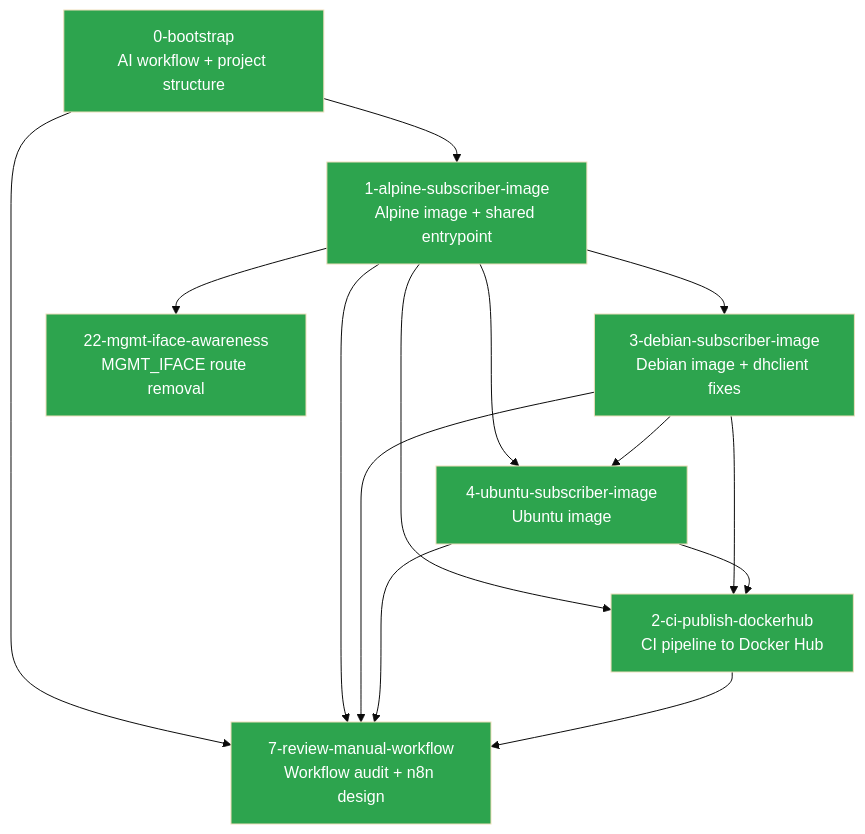
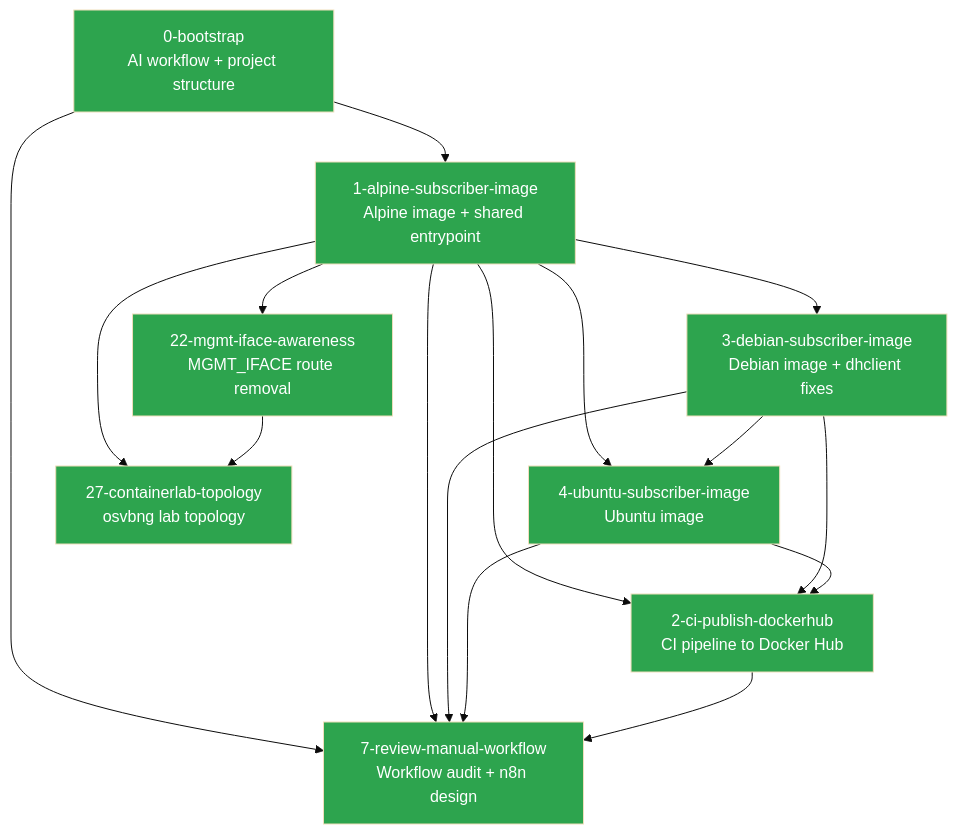
Before and after one commit to veesix-networks/bngtester: the diagram in context/SUMMARY.md, drawn with Mermaid (base theme). The commit also changed other lines of this file and 1 other file, not shown here.

````diff
--- a/context/SUMMARY.md
+++ b/context/SUMMARY.md
@@ -25,32 +26,35 @@
 ```mermaid
 graph TD
     B[0-bootstrap<br/>AI workflow + project structure]
     A[1-alpine-subscriber-image<br/>Alpine image + shared entrypoint]
     D[3-debian-subscriber-image<br/>Debian image + dhclient fixes]
     U[4-ubuntu-subscriber-image<br/>Ubuntu image]
     CI[2-ci-publish-dockerhub<br/>CI pipeline to Docker Hub]
 
     WF[7-review-manual-workflow<br/>Workflow audit + n8n design]
 
     B --> A
     A --> D
     A --> U
     D --> U
     A --> CI
     D --> CI
     U --> CI
     B --> WF
     A --> WF
     D --> WF
     U --> WF
     CI --> WF
     A --> MI[22-mgmt-iface-awareness<br/>MGMT_IFACE route removal]
+    A --> CL[27-containerlab-topology<br/>osvbng lab topology]
+    MI --> CL
 
     style B fill:#2da44e,color:#fff
     style A fill:#2da44e,color:#fff
     style D fill:#2da44e,color:#fff
     style U fill:#2da44e,color:#fff
     style CI fill:#2da44e,color:#fff
     style WF fill:#2da44e,color:#fff
     style MI fill:#2da44e,color:#fff
+    style CL fill:#2da44e,color:#fff
 ```
````
